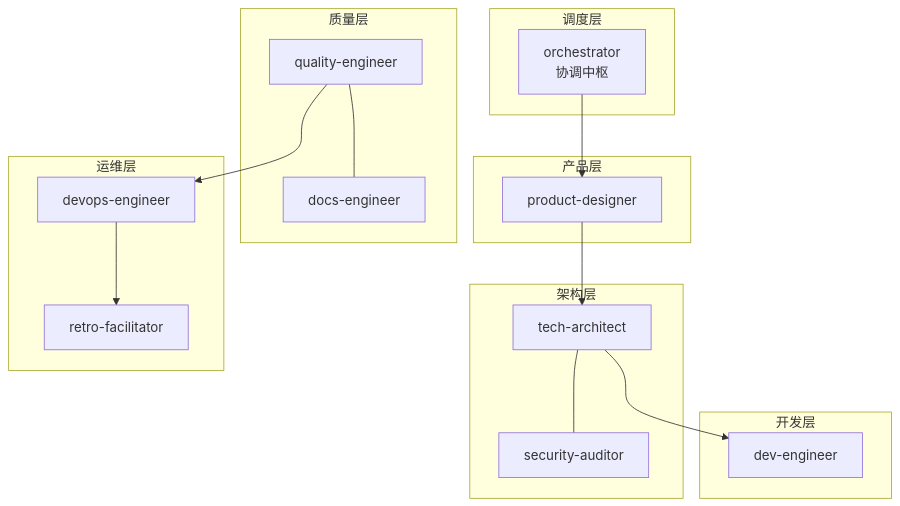
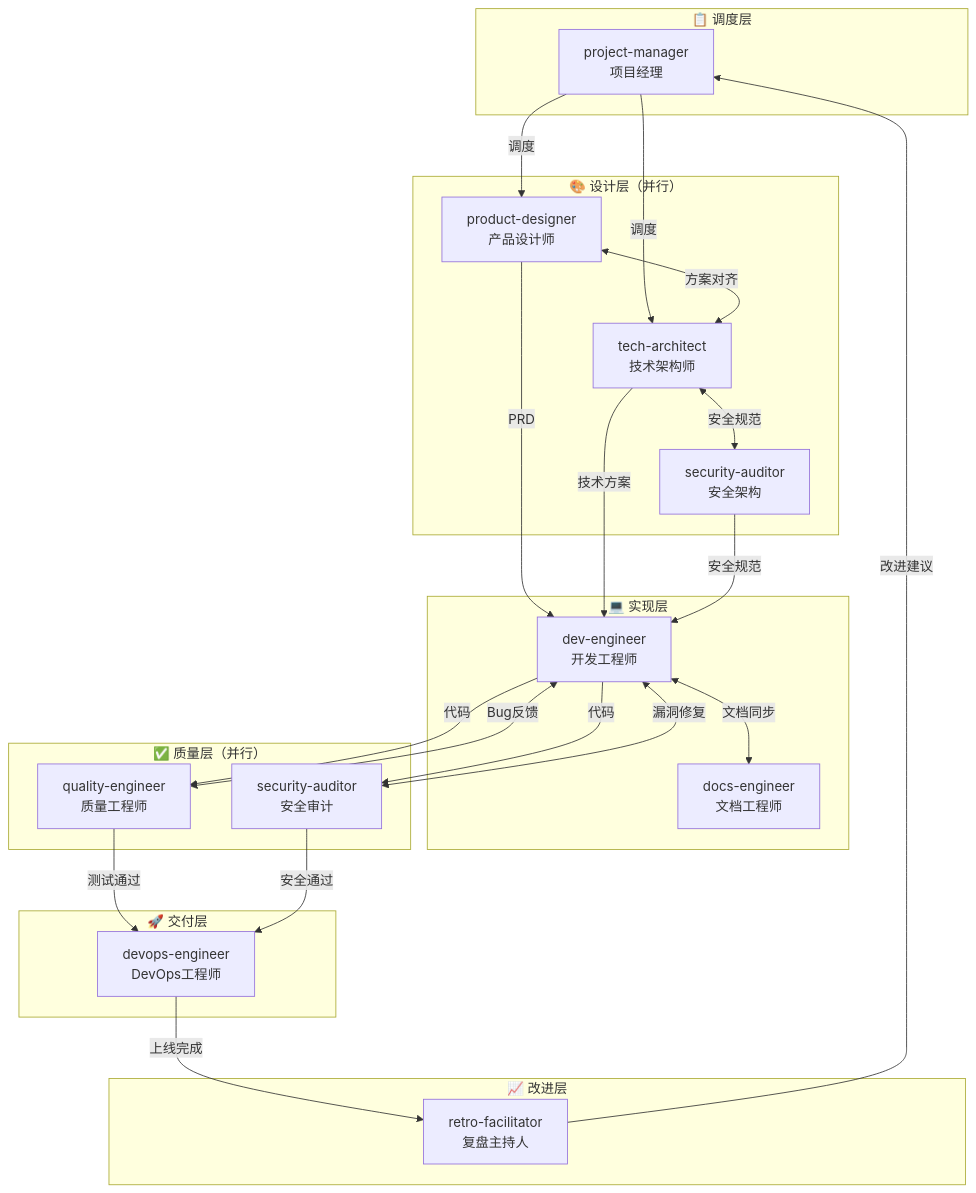
The fourth of 6 diagrams in skills/project-manager/SKILL.md (Tooooommy/Trae-Workflow), drawn with Mermaid before and after one commit. The commit also changed other lines of this file and 3 other files, not shown here.

````diff
--- a/skills/project-manager/SKILL.md
+++ b/skills/project-manager/SKILL.md
@@ -131,25 +170,51 @@
 ```mermaid
 flowchart TB
-    subgraph 调度层
-        O[orchestrator<br/>协调中枢]
+    subgraph 调度层["📋 调度层"]
+        PM[project-manager<br/>项目经理]
     end
-    subgraph 产品层
-        PD[product-designer]
+
+    subgraph 设计层["🎨 设计层（并行）"]
+        PD[product-designer<br/>产品设计师]
+        TA[tech-architect<br/>技术架构师]
+        SA1[security-auditor<br/>安全架构]
     end
-    subgraph 架构层
-        TA[tech-architect] --- SA[security-auditor]
+
+    subgraph 实现层["💻 实现层"]
+        DEV[dev-engineer<br/>开发工程师]
+        DO[docs-engineer<br/>文档工程师]
     end
-    subgraph 开发层
-        DEV[dev-engineer]
+
+    subgraph 质量层["✅ 质量层（并行）"]
+        QE[quality-engineer<br/>质量工程师]
+        SA2[security-auditor<br/>安全审计]
     end
-    subgraph 质量层
-        QE[quality-engineer] --- DO[docs-engineer]
+
+    subgraph 交付层["🚀 交付层"]
+        DE[devops-engineer<br/>DevOps工程师]
     end
-    subgraph 运维层
-        DE[devops-engineer] --> RF[retro-facilitator]
+
+    subgraph 改进层["📈 改进层"]
+        RF[retro-facilitator<br/>复盘主持人]
     end
-    O --> PD
-    PD --> TA
-    TA --> DEV
-    QE --> DE
+
+    PM -->|调度| PD
+    PM -->|调度| TA
+    PD <-->|方案对齐| TA
+    TA <-->|安全规范| SA1
+
+    PD -->|PRD| DEV
+    TA -->|技术方案| DEV
+    SA1 -->|安全规范| DEV
+    DEV <-->|文档同步| DO
+
+    DEV -->|代码| QE
+    DEV -->|代码| SA2
+    QE <-->|Bug反馈| DEV
+    SA2 <-->|漏洞修复| DEV
+
+    QE -->|测试通过| DE
+    SA2 -->|安全通过| DE
+
+    DE -->|上线完成| RF
+    RF -->|改进建议| PM
 ```
````
